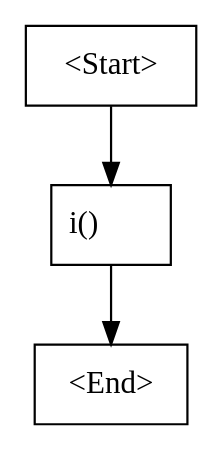
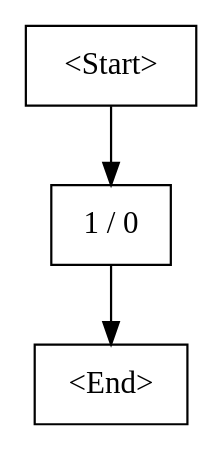
The diagram in src/epsilon.Program/bin/Debug/net9.0/cfg.dot (Sihuai2412/Epsilon), drawn with Graphviz before and after one commit. The commit also changed 54 other files, not shown here.

```diff
--- a/src/epsilon.Program/bin/Debug/net9.0/cfg.dot
+++ b/src/epsilon.Program/bin/Debug/net9.0/cfg.dot
@@ -1,7 +1,7 @@
 digraph G {
-    N0 [label = "<Start>" shape = box]
-    N1 [label = "i()\l" shape = box]
-    N2 [label = "<End>" shape = box]
+    N0 [label = "<Start>", shape = box]
+    N1 [label = "1 / 0", shape = box]
+    N2 [label = "<End>", shape = box]
     N0 -> N1 [label = ""]
     N1 -> N2 [label = ""]
 }
```
